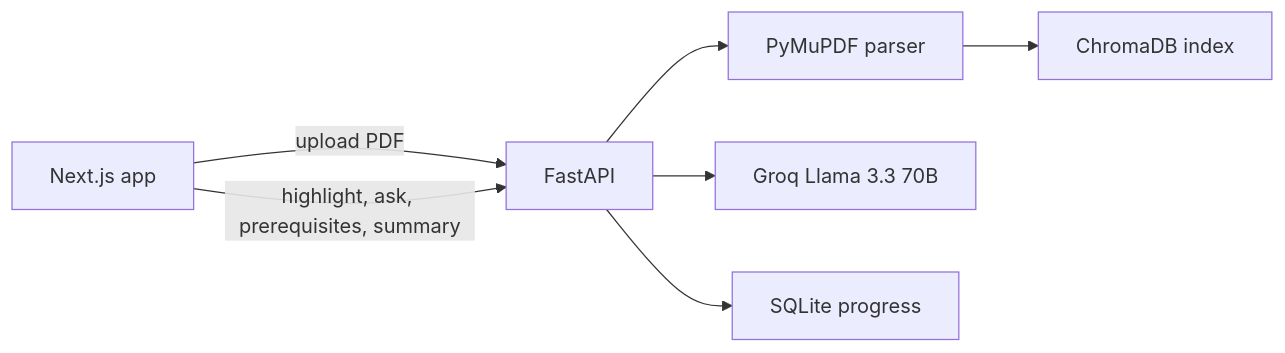
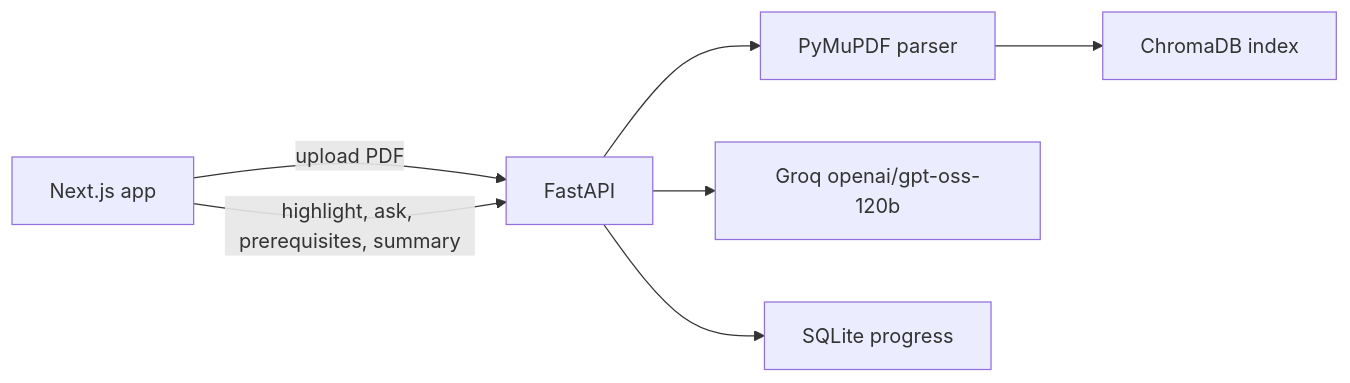
One commit to SakshiSrivastava2024/Gistify changed the diagram in readme.md. Above: the diagram before and after it, drawn with Mermaid. The commit also changed other lines of this file, not shown here.

````diff
--- a/readme.md
+++ b/readme.md
@@ -36,9 +36,9 @@
 ```mermaid
 flowchart LR
   U[Next.js app] -->|upload PDF| P[FastAPI]
   P --> M[PyMuPDF parser]
   M --> C[ChromaDB index]
   U -->|highlight, ask, prerequisites, summary| P
-  P --> L[Groq Llama 3.3 70B]
+  P --> L[Groq openai/gpt-oss-120b]
   P --> S[SQLite progress]
 ```
````
